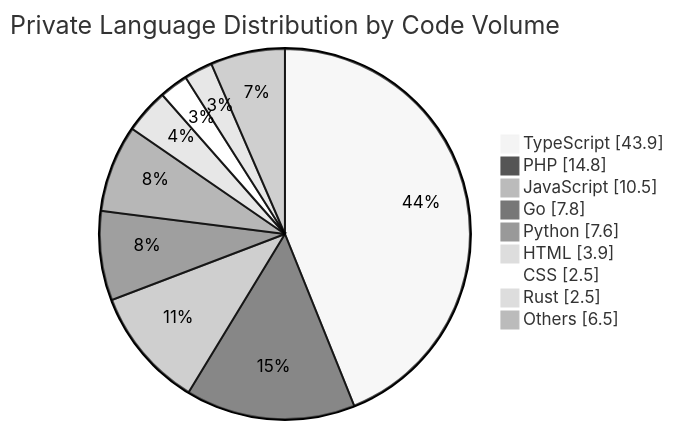
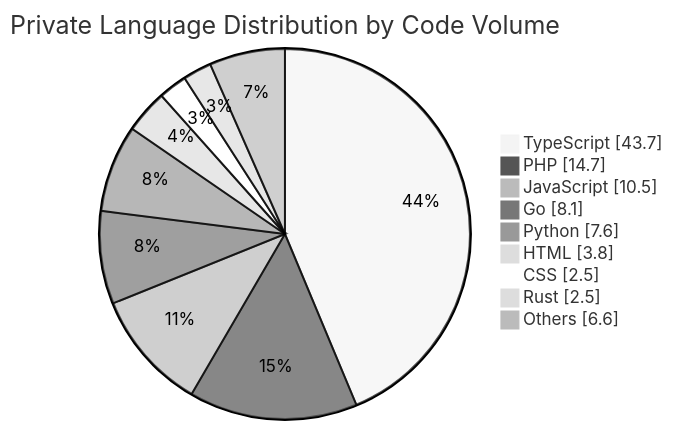
The diagram in README.md (Lamy210/Lamy210), drawn with Mermaid (neutral theme) before and after one commit. The commit also changed other lines of this file, not shown here.

Commit message:
chore: update private technology summary [skip ci]

````diff
--- a/README.md
+++ b/README.md
@@ -47,13 +47,13 @@
 ```mermaid
 pie showData
     title Private Language Distribution by Code Volume
-    "TypeScript" : 43.9
-    "PHP" : 14.8
+    "TypeScript" : 43.7
+    "PHP" : 14.7
     "JavaScript" : 10.5
-    "Go" : 7.8
+    "Go" : 8.1
     "Python" : 7.6
-    "HTML" : 3.9
+    "HTML" : 3.8
     "CSS" : 2.5
     "Rust" : 2.5
-    "Others" : 6.5
+    "Others" : 6.6
 ```
````
